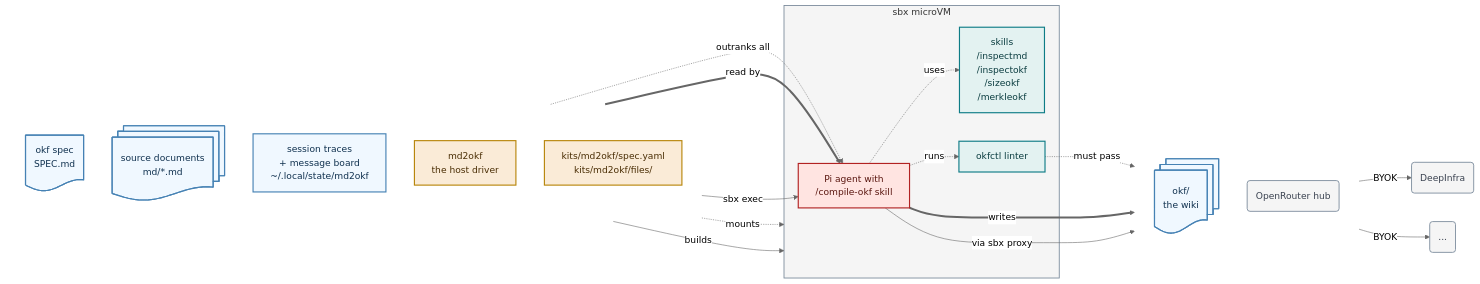
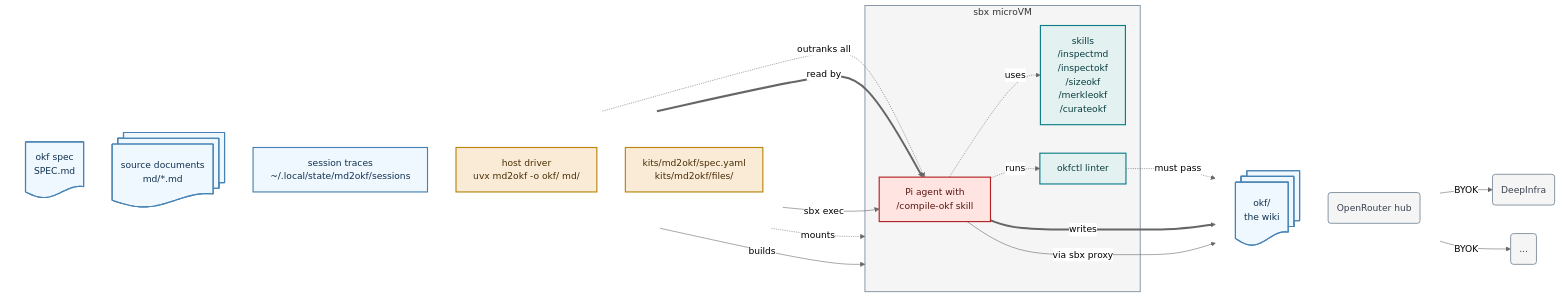
One commit to lars20070/md2okf changed the diagram in README.md. Above: the diagram before and after it, drawn with Mermaid (neutral theme).

Commit message:
Update Mermaid diagram

````diff
--- a/README.md
+++ b/README.md
@@ -24,52 +24,52 @@
 ```mermaid
 flowchart LR
   subgraph IN[" "]
     direction TB
     SPEC@{ shape: doc, label: "okf spec<br>SPEC.md"}
     MD@{ shape: docs, label: "source documents<br>md/*.md"}
-    STATE["session traces<br> + message board<br/>~/.local/state/md2okf"]
-    DRV["md2okf<br/>the host driver"]
+    STATE["session traces<br/>~/.local/state/md2okf/sessions"]
+    DRV["host driver<br>uvx md2okf -o okf/ md/"]
     KIT["kits/md2okf/spec.yaml<br/>kits/md2okf/files/"]
   end
 
   subgraph VM["sbx microVM"]
     PI["Pi agent with<br/>/compile-okf skill"]
-    TOOLS["skills<br>/inspectmd<br/>/inspectokf<br/>/sizeokf<br/>/merkleokf"]
+    TOOLS["skills<br>/inspectmd<br/>/inspectokf<br/>/sizeokf<br/>/merkleokf<br/>/curateokf"]
     LINT["okfctl linter"]
   end
 
   subgraph OUT[" "]
     direction TB
     OKF@{ shape: docs, label: "okf/<br/>the wiki"}
     NET("OpenRouter hub")
   end
   NET1("DeepInfra")
   NET2("...")
 
   SPEC -.->|"outranks all"| PI
   MD ==>|"read by"| PI
   STATE -.->|"mounts"| VM
   STATE ~~~ PI
   DRV -->|"sbx exec"| PI
   KIT -->|"builds"| VM
   PI -.->|"uses"| TOOLS
   PI -.->|"runs"| LINT
   LINT -.->|"must pass"| OKF
   PI ==>|"writes"| OKF
   PI -->|"via sbx proxy"| NET
   NET -->|"BYOK"| NET1 & NET2
 
   classDef data    fill:aliceblue,stroke:steelblue,stroke-width:2px,color:#10314F
   classDef host    fill:antiquewhite,stroke:darkgoldenrod,stroke-width:2px,color:#4A2E05
   classDef helper  fill:#E3F2F1,stroke:#0E7C86,stroke-width:2px,color:#0B3D40
   classDef agent   fill:mistyrose,stroke:firebrick,stroke-width:2px,color:#5A1710
   classDef ext     fill:whitesmoke,stroke:lightslategray,stroke-width:1.5px,color:#3A4250
   class MD,SPEC,STATE,OKF data
   class KIT,DRV host
   class TOOLS,LINT helper
   class PI agent
   class NET,NET1,NET2 ext
   style VM fill:whitesmoke,stroke:lightslategray,stroke-width:1.5px
   style IN fill:none,stroke:none
   style OUT fill:none,stroke:none
 ```
````
